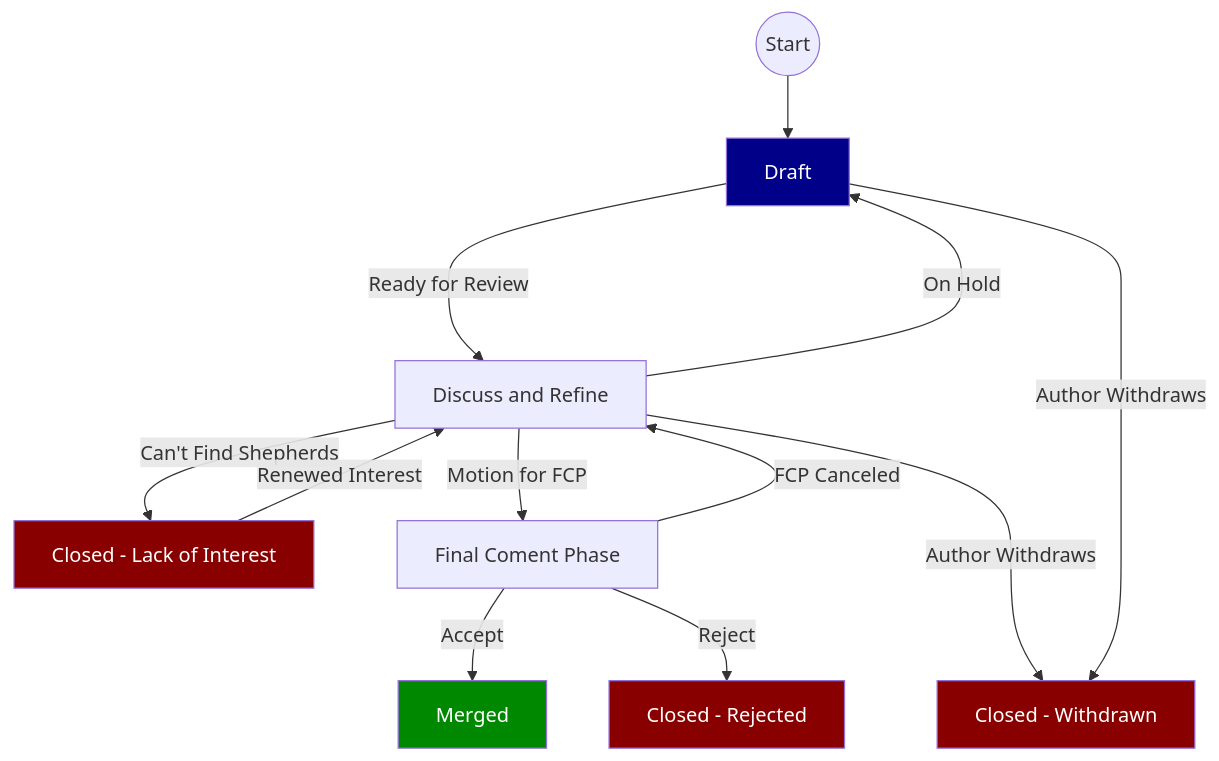
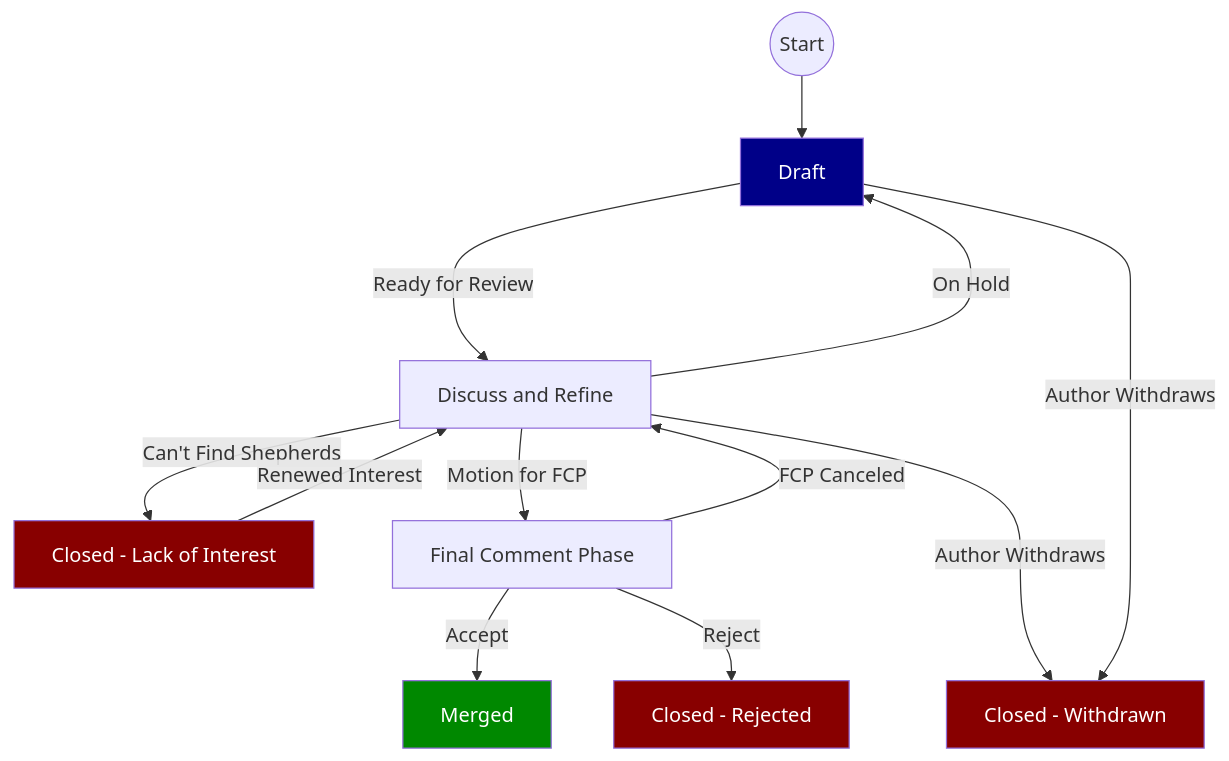
One commit to NixOS/rfcs changed the diagram in README.md. Above: the diagram before and after it, drawn with Mermaid. The commit also changed 17 other files, not shown here.

````diff
--- a/README.md
+++ b/README.md
@@ -90,29 +90,29 @@
 ```mermaid
 graph TD
     Start((Start)) --> Draft
     Draft -->|Ready for Review| Discuss
     style Draft fill:#008,color:#FFF
 
     Discuss[Discuss and Refine]
     Discuss ---> |On Hold| Draft
     Discuss --> |Can't Find Shepherds| NoShepherds
     Discuss --> |Motion for FCP| FCP
 
     NoShepherds[Closed - Lack of Interest]:::closed
     NoShepherds --> |Renewed Interest| Discuss
 
-    FCP[Final Coment Phase]
+    FCP[Final Comment Phase]
     FCP --> |FCP Canceled| Discuss
     FCP --> |Accept| Merged
     FCP --> |Reject| Rejected
 
     Merged
     style Merged fill:#080,color:#FFF
 
     Rejected[Closed - Rejected]:::closed
 
     Withdrawn[Closed - Withdrawn]:::closed
     Discuss & Draft --->|Author Withdraws| Withdrawn
 
     classDef closed fill:#800,color:#FFF
 ```
````
